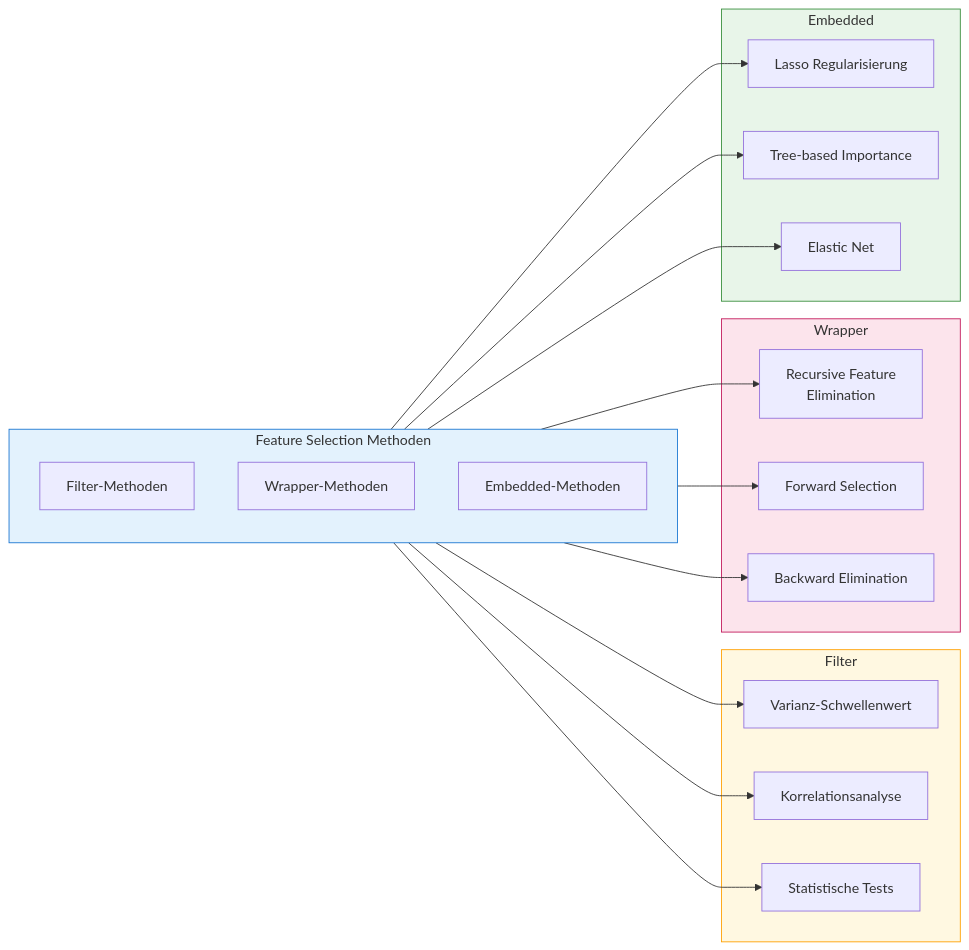
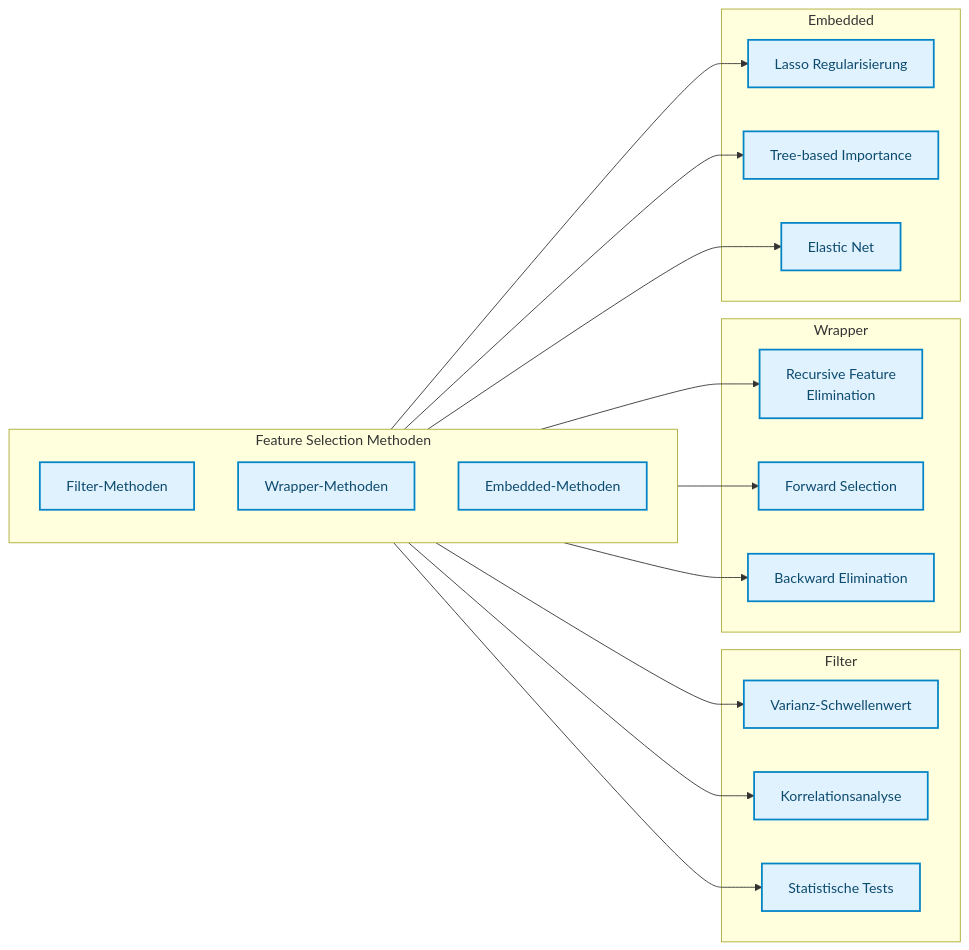
One commit to ralf-42/ML_Intro changed the second of 4 diagrams in docs/concepts/prepare/feature-engineering.md. Above: the diagram before and after it, drawn with Mermaid. The commit also changed other lines of this file and 67 other files, not shown here.

````diff
--- a/docs/concepts/prepare/feature-engineering.md
+++ b/docs/concepts/prepare/feature-engineering.md
@@ -226,44 +224,41 @@
 ```mermaid
 flowchart LR
     subgraph Methods["Feature Selection Methoden"]
         direction TB
         A[Filter-Methoden]
         B[Wrapper-Methoden]
         C[Embedded-Methoden]
     end
     
     subgraph Filter["Filter"]
         A1[Varianz-Schwellenwert]
         A2[Korrelationsanalyse]
         A3[Statistische Tests]
     end
     
     subgraph Wrapper["Wrapper"]
         B1[Recursive Feature<br/>Elimination]
         B2[Forward Selection]
         B3[Backward Elimination]
     end
     
     subgraph Embedded["Embedded"]
         C1[Lasso Regularisierung]
         C2[Tree-based Importance]
         C3[Elastic Net]
     end
     
     A --> A1
     A --> A2
     A --> A3
     
     B --> B1
     B --> B2
     B --> B3
     
     C --> C1
     C --> C2
     C --> C3
-    
-    style Methods fill:#e3f2fd,stroke:#1976d2
-    style Filter fill:#fff8e1,stroke:#ffa000
-    style Wrapper fill:#fce4ec,stroke:#c2185b
-    style Embedded fill:#e8f5e9,stroke:#388e3c
+
+    classDef default fill:#e0f2fe,stroke:#0284c7,stroke-width:2px,color:#0c4a6e;
 ```
````
